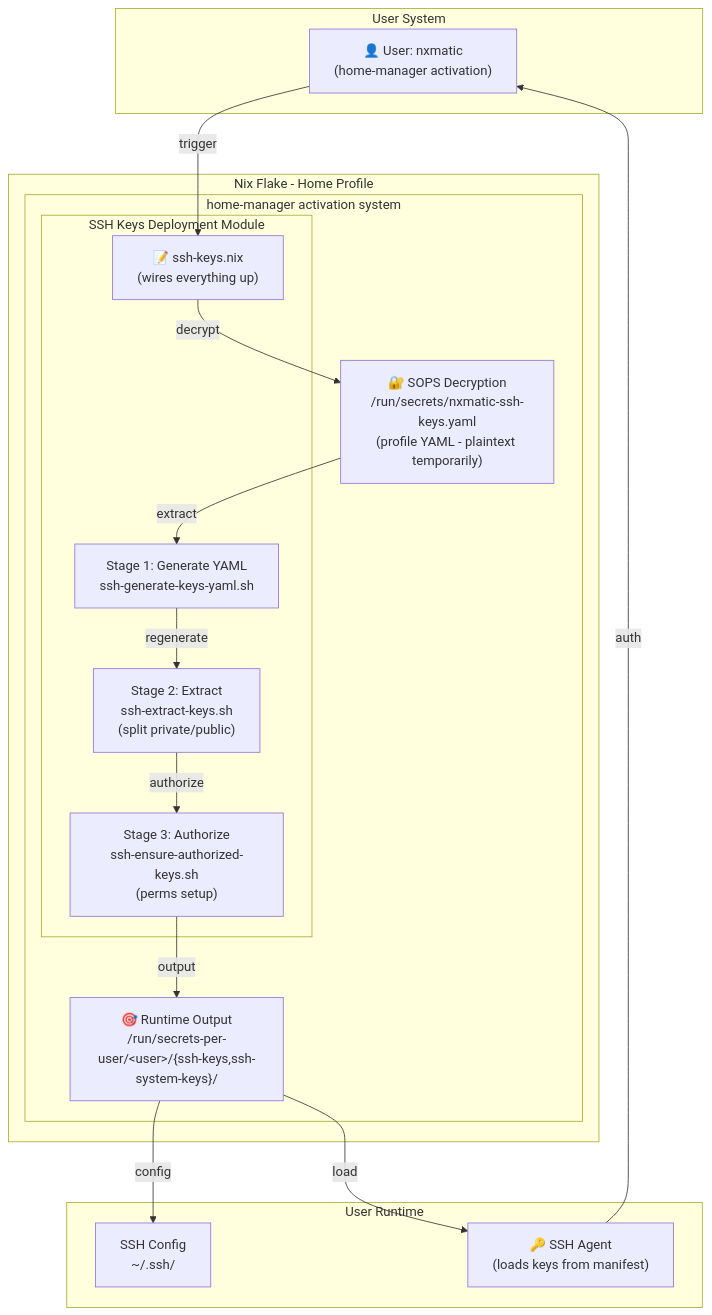
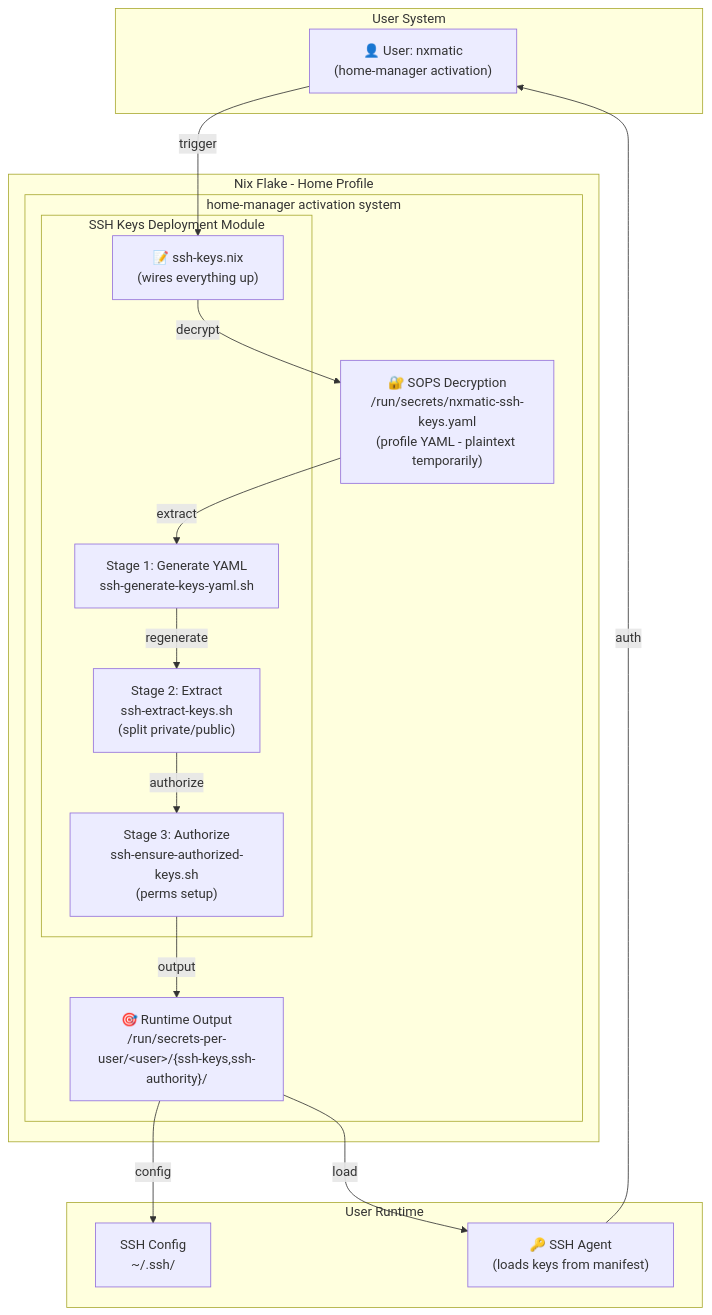
Before and after one commit to seedmatic/ndh: the first of 7 diagrams in docs/ssh-keys-diagrams.adoc, drawn with Mermaid. The commit also changed other lines of this file and 38 other files, not shown here.

Commit message:
fixup!(openssh): extracted keys in ~/.local/var/run/secrets

```diff
--- a/docs/ssh-keys-diagrams.adoc
+++ b/docs/ssh-keys-diagrams.adoc
@@ -23,37 +23,37 @@
 [mermaid]
 ----
 graph TB
     subgraph "User System"
         user["👤 User: nxmatic<br/>(home-manager activation)"]
     end
     
     subgraph "Nix Flake - Home Profile"
         subgraph "home-manager activation system"
             sops["🔐 SOPS Decryption<br/>/run/secrets/nxmatic-ssh-keys.yaml<br/>(profile YAML - plaintext temporarily)"]
             
             subgraph "SSH Keys Deployment Module"
                 nix["📝 ssh-keys.nix<br/>(wires everything up)"]
                 stage1["Stage 1: Generate YAML<br/>ssh-generate-keys-yaml.sh"]
                 stage2["Stage 2: Extract<br/>ssh-extract-keys.sh<br/>(split private/public)"]
                 stage3["Stage 3: Authorize<br/>ssh-ensure-authorized-keys.sh<br/>(perms setup)"]
             end
             
-            runtime["🎯 Runtime Output<br/>/run/secrets-per-user/&lt;user&gt;/{ssh-keys,ssh-system-keys}/"]
+            runtime["🎯 Runtime Output<br/>/run/secrets-per-user/&lt;user&gt;/{ssh-keys,ssh-authority}/"]
         end
     end
     
     subgraph "User Runtime"
         ssh_config["SSH Config<br/>~/.ssh/"]
         agent["🔑 SSH Agent<br/>(loads keys from manifest)"]
     end
     
     user -->|trigger| nix
     nix -->|decrypt| sops
     sops -->|extract| stage1
     stage1 -->|regenerate| stage2
     stage2 -->|authorize| stage3
     stage3 -->|output| runtime
     runtime -->|load| agent
     runtime -->|config| ssh_config
     agent -->|auth| user
 ----
```
